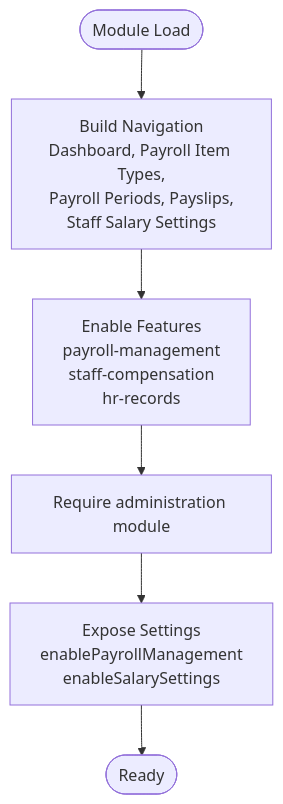
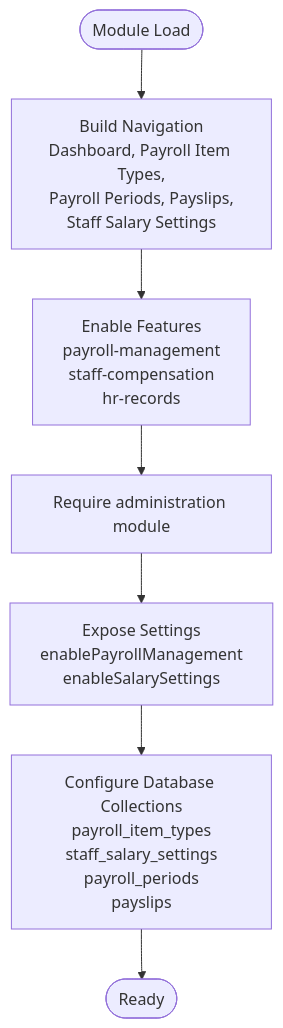
Before and after one commit to geniusdynamics/schoolpilot: the fourth of 11 diagrams in .qoder/repowiki/en/content/Modules System/HR Module.md, drawn with Mermaid. The commit also changed other lines of this file and 16 other files, not shown here.

````diff
--- a/.qoder/repowiki/en/content/Modules System/HR Module.md
+++ b/.qoder/repowiki/en/content/Modules System/HR Module.md
@@ -122,8 +188,9 @@
 ```mermaid
 flowchart TD
 Start(["Module Load"]) --> Nav["Build Navigation<br/>Dashboard, Payroll Item Types,<br/>Payroll Periods, Payslips,<br/>Staff Salary Settings"]
 Nav --> Features["Enable Features<br/>payroll-management<br/>staff-compensation<br/>hr-records"]
 Features --> Deps["Require administration module"]
 Deps --> Settings["Expose Settings<br/>enablePayrollManagement<br/>enableSalarySettings"]
-Settings --> End(["Ready"])
+Settings --> Collections["Configure Database Collections<br/>payroll_item_types<br/>staff_salary_settings<br/>payroll_periods<br/>payslips"]
+Collections --> End(["Ready"])
 ```
````
